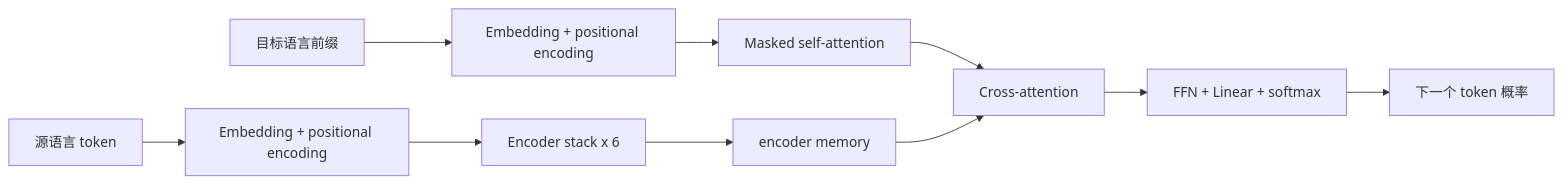
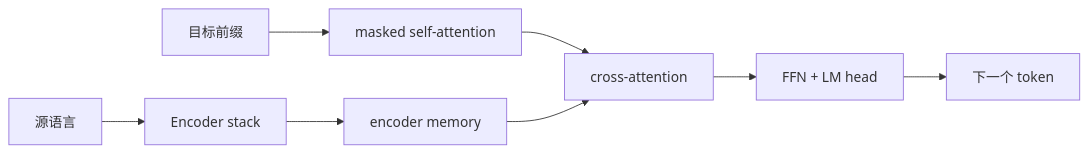
One commit to Faione/notebook changed the second of 2 diagrams in papers/attention_is_all_you_need/attention_is_all_you_need.md. Above: the diagram before and after it, drawn with Mermaid. The commit also changed other lines of this file and 19 other files, not shown here.

````diff
--- a/papers/attention_is_all_you_need/attention_is_all_you_need.md
+++ b/papers/attention_is_all_you_need/attention_is_all_you_need.md
@@ -48,13 +36,6 @@
 ```mermaid
 flowchart LR
-    S["源语言 token"] --> SE["Embedding + positional encoding"]
-    SE --> EN["Encoder stack x 6"]
-    EN --> M["encoder memory"]
-
-    T["目标语言前缀"] --> TE["Embedding + positional encoding"]
-    TE --> MS["Masked self-attention"]
-    MS --> CA["Cross-attention"]
-    M --> CA
-    CA --> DF["FFN + Linear + softmax"]
-    DF --> N["下一个 token 概率"]
+    S["源语言"] --> E["Encoder stack"] --> M["encoder memory"]
+    T["目标前缀"] --> D["masked self-attention"] --> C["cross-attention"]
+    M --> C --> F["FFN + LM head"] --> N["下一个 token"]
 ```
````
